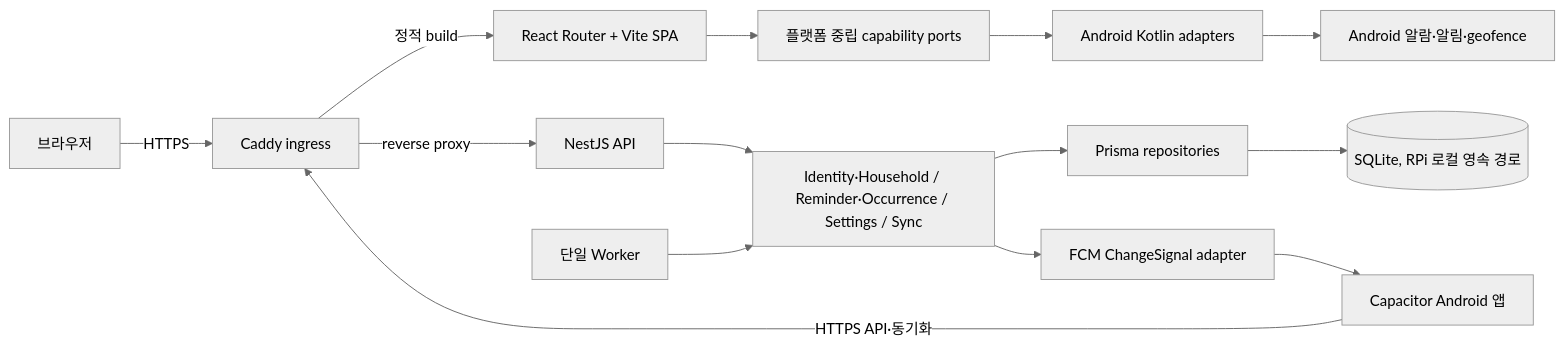
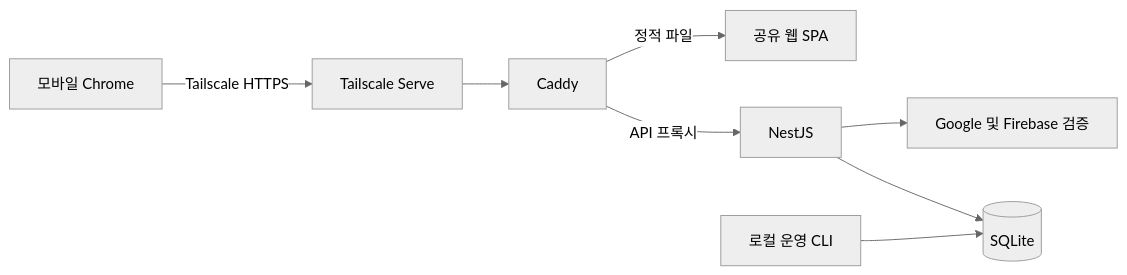
One commit to Lemoness-K/NotifyMe changed the first of 4 diagrams in aidlc/spaces/default/codekb/toyproj_notify_me/architecture.md. Above: the diagram before and after it, drawn with Mermaid (neutral theme). The commit also changed other lines of this file and 9 other files, not shown here.

````diff
--- a/aidlc/spaces/default/codekb/toyproj_notify_me/architecture.md
+++ b/aidlc/spaces/default/codekb/toyproj_notify_me/architecture.md
@@ -13,16 +13,10 @@
 ```mermaid
 flowchart LR
-    Browser[브라우저] -->|HTTPS| Caddy[Caddy ingress]
-    Android[Capacitor Android 앱] -->|HTTPS API·동기화| Caddy
-    Caddy -->|정적 build| Web[React Router + Vite SPA]
-    Caddy -->|reverse proxy| API[NestJS API]
-    Web --> Ports[플랫폼 중립 capability ports]
-    Ports --> Adapter[Android Kotlin adapters]
-    Adapter --> OS[Android 알람·알림·geofence]
-    API --> Modules[Identity·Household / Reminder·Occurrence / Settings / Sync]
-    Worker[단일 Worker] --> Modules
-    Modules --> Repo[Prisma repositories]
-    Repo --> DB[(SQLite, RPi 로컬 영속 경로)]
-    Modules --> FCM[FCM ChangeSignal adapter]
-    FCM --> Android
+    W[모바일 Chrome] -->|Tailscale HTTPS| T[Tailscale Serve]
+    T --> C[Caddy]
+    C -->|정적 파일| S[공유 웹 SPA]
+    C -->|API 프록시| A[NestJS]
+    A --> F[Google 및 Firebase 검증]
+    A --> D[(SQLite)]
+    O[로컬 운영 CLI] --> D
 ```
````
